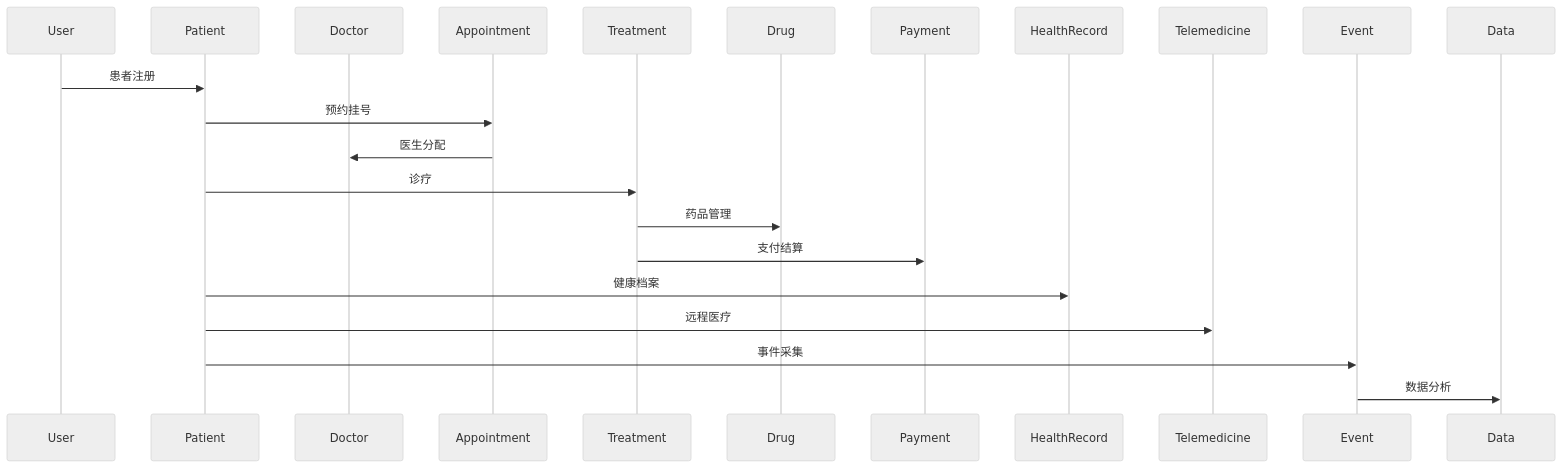
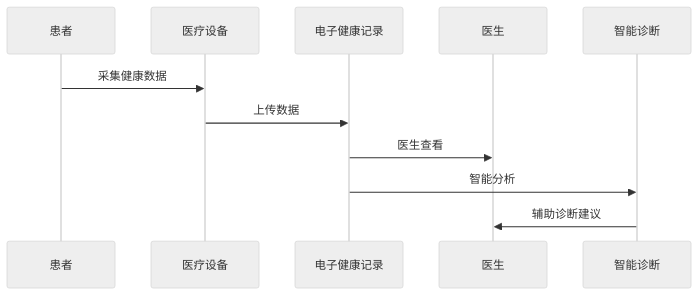
Before and after one commit to AdaMartin18010/golang: the second of 3 diagrams in docs/architecture_healthcare_golang.md, drawn with Mermaid (neutral theme). The commit also changed other lines of this file and 3 other files, not shown here.

````diff
--- a/docs/architecture_healthcare_golang.md
+++ b/docs/architecture_healthcare_golang.md
@@ -193,25 +46,13 @@
 ```mermaid
 sequenceDiagram
-  participant U as User
-  participant P as Patient
-  participant D as Doctor
-  participant AP as Appointment
-  participant T as Treatment
-  participant DR as Drug
-  participant PM as Payment
-  participant HR as HealthRecord
-  participant TM as Telemedicine
-  participant EV as Event
-  participant DA as Data
-
-  U->>P: 患者注册
-  P->>AP: 预约挂号
-  AP->>D: 医生分配
-  P->>T: 诊疗
-  T->>DR: 药品管理
-  T->>PM: 支付结算
-  P->>HR: 健康档案
-  P->>TM: 远程医疗
-  P->>EV: 事件采集
-  EV->>DA: 数据分析
+  participant Patient as 患者
+  participant Device as 医疗设备
+  participant EHR as 电子健康记录
+  participant Doctor as 医生
+  participant AI as 智能诊断
+  Patient->>Device: 采集健康数据
+  Device->>EHR: 上传数据
+  EHR->>Doctor: 医生查看
+  EHR->>AI: 智能分析
+  AI->>Doctor: 辅助诊断建议
 ```
````
